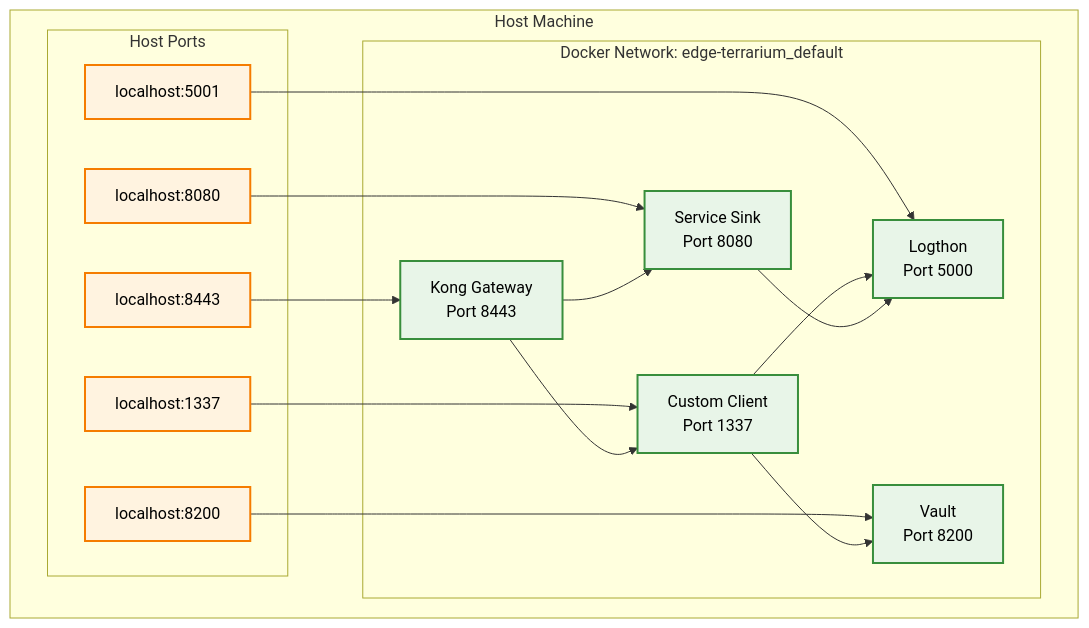
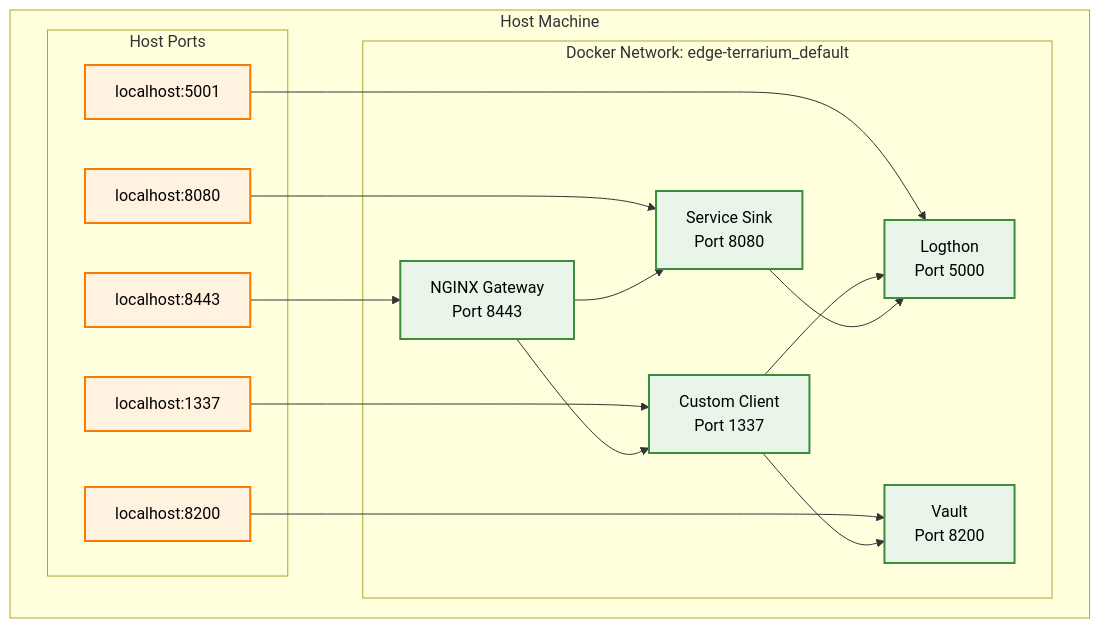
Before and after one commit to aztechead/edge-terrarium: the fifth of 10 diagrams in README.md, drawn with Mermaid. The commit also changed other lines of this file and 8 other files, not shown here.

````diff
--- a/README.md
+++ b/README.md
@@ -760,38 +760,38 @@
 ```mermaid
 %%{init: {'themeVariables': {'darkMode': true}}}%%
 graph TB
     subgraph "Host Machine"
         subgraph "Docker Network: edge-terrarium_default"
-            KC[Kong Gateway<br/>Port 8443]
+            KC[NGINX Gateway<br/>Port 8443]
             CC[Custom Client<br/>Port 1337]
             SS[Service Sink<br/>Port 8080]
             LT[Logthon<br/>Port 5000]
             VT[Vault<br/>Port 8200]
         end
         subgraph "Host Ports"
             HP1[localhost:8443]
             HP2[localhost:1337]
             HP3[localhost:8080]
             HP4[localhost:5001]
             HP5[localhost:8200]
         end
     end
     
     HP1 --> KC
     HP2 --> CC
     HP3 --> SS
     HP4 --> LT
     HP5 --> VT
     
     KC --> CC
     KC --> SS
     CC --> LT
     SS --> LT
     CC --> VT
     
     classDef container fill:#e8f5e8,stroke:#388e3c,stroke-width:2px,color:#000
     classDef port fill:#fff3e0,stroke:#f57c00,stroke-width:2px,color:#000
     
     class KC,CC,SS,LT,VT container
     class HP1,HP2,HP3,HP4,HP5 port
 ```
````
